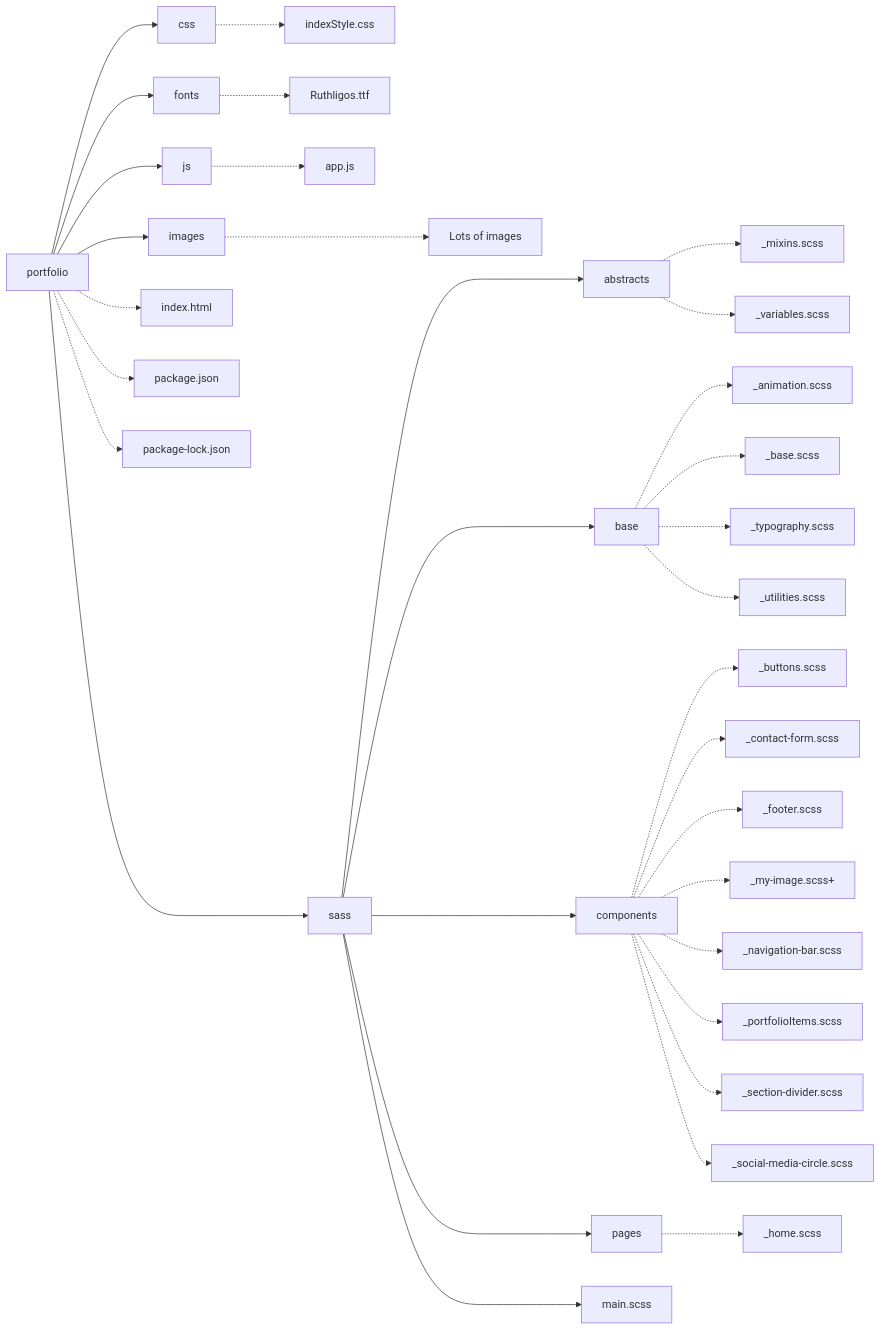
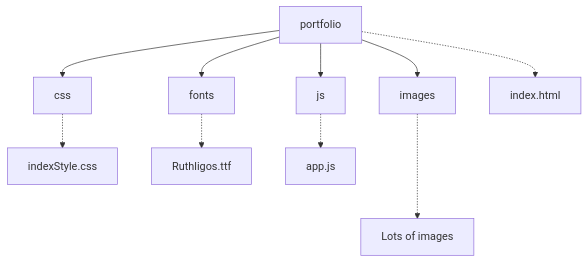
The diagram in README.md (KartikVerma0/portfolio), drawn with Mermaid before and after one commit.

````diff
--- a/README.md
+++ b/README.md
@@ -6,17 +6,8 @@
 ```mermaid
-flowchart LR
+flowchart TB
 portfolio --> css-.->indexStyle.css
 portfolio --> fonts-.->Ruthligos.ttf
 portfolio --> images-..->image[Lots of images]
 portfolio --> js-.->app.js
 portfolio -.-> indexFile["index.html"]
-portfolio -.-> package["package.json"]
-portfolio -.-> packageLock["package-lock.json"]
-portfolio --->sass
-sass ---> abstracts & base & components & pages & mainscss["main.scss"]
-
-abstracts-.->mixins["_mixins.scss"] & variables["_variables.scss"]
-base-.-> animation["_animation.scss"] & Base["_base.scss"] & typography["_typography.scss"] & uitlities["_utilities.scss"]
-components-.->buttons["_buttons.scss"] & contactForm["_contact-form.scss"] & footer["_footer.scss"] & myImage[_my-image.scss+] & navigationBar["_navigation-bar.scss"] & portfolioItems["_portfolioItems.scss"] & sectionDivider["_section-divider.scss"] & socialMediaCircle["_social-media-circle.scss"]
-pages-.->home["_home.scss"]
 ```
````
